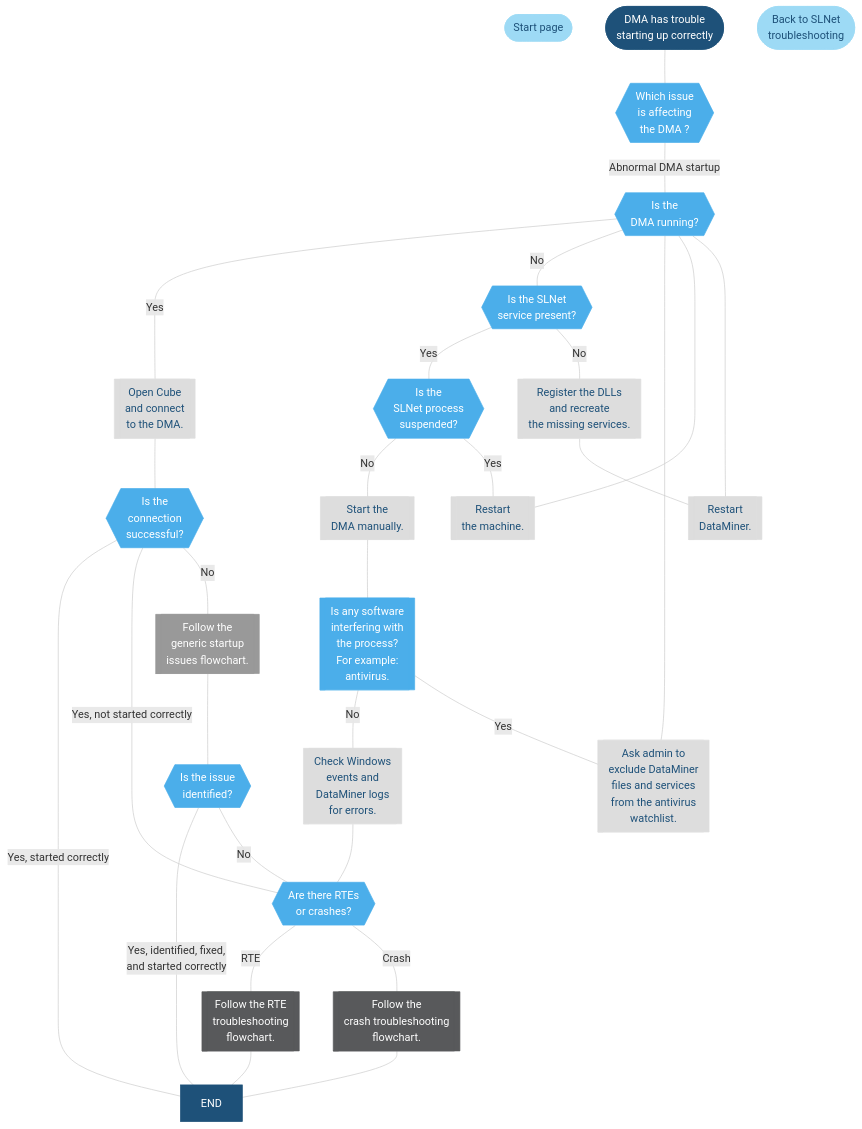
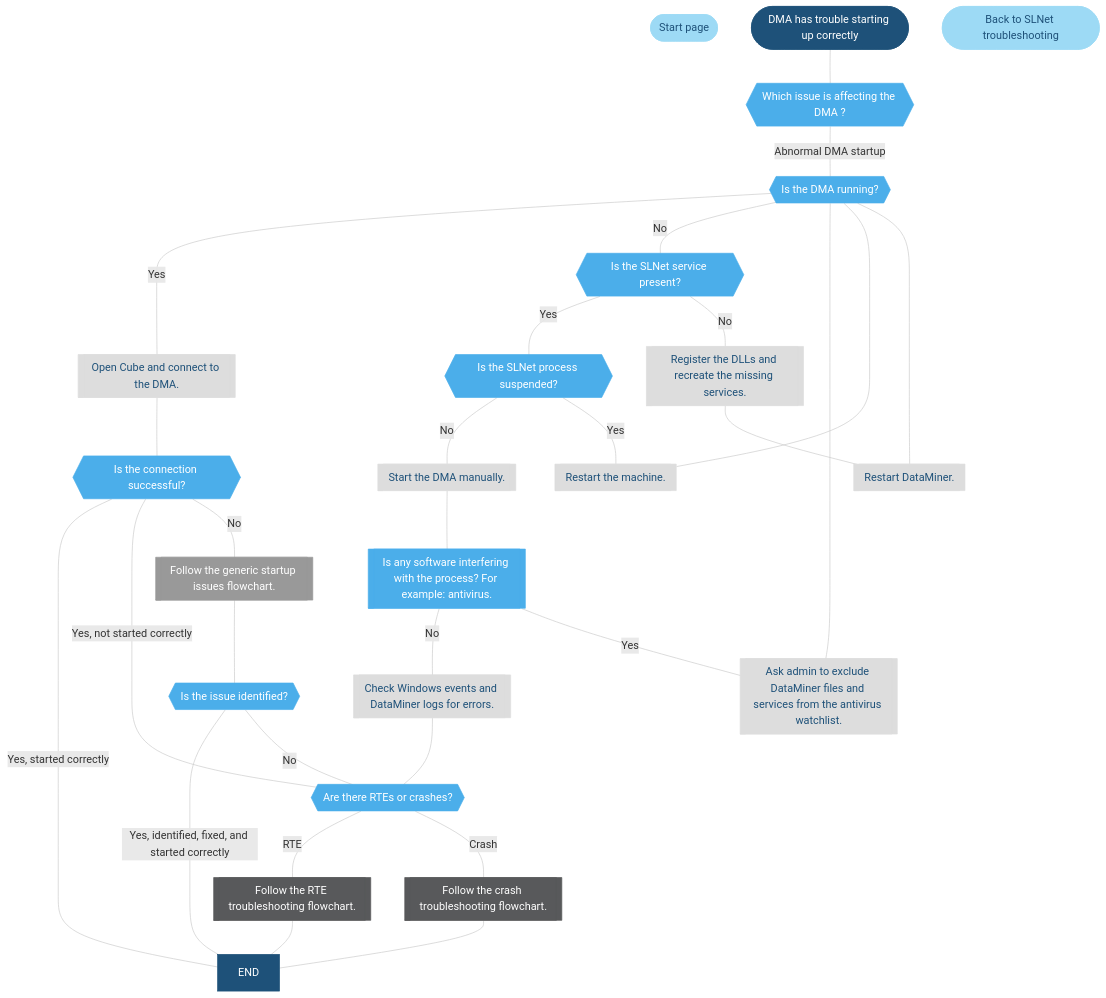
The diagram in user-guide/Troubleshooting/Troubleshooting_Flowcharts/Troubleshooting_Process_Identification/Communication_processes/SLNet/Troubleshooting_SLNet_Startup.md (SkylineCommunications/dataminer-docs), drawn with Mermaid before and after one commit. The commit also changed 21 other files, not shown here.

```diff
--- a/user-guide/Troubleshooting/Troubleshooting_Flowcharts/Troubleshooting_Process_Identification/Communication_processes/SLNet/Troubleshooting_SLNet_Startup.md
+++ b/user-guide/Troubleshooting/Troubleshooting_Flowcharts/Troubleshooting_Process_Identification/Communication_processes/SLNet/Troubleshooting_SLNet_Startup.md
@@ -26,33 +26,33 @@
 %% flowchart structure
 %% -------------------------------------------------------------------------
   HOME([Start page])
-  START([DMA has trouble <br>starting up correctly<br/>])
-  BACK([Back to SLNet <br>troubleshooting])
-  MODULES{{Which issue <br> is affecting<br/> the DMA ?}}
-    IsRunning{{Is the<br/>DMA running?}}
-    IsConnected{{Is the<br/>connection <br>successful?}}
-    IsRTEorCrash{{Are there RTEs <br>or crashes?}}
-    IsGenericIssueFound{{Is the issue <br> identified?}}
-    IsSLNetPresent{{Is the SLNet <br>service present?}}
-    IsProcessSuspended{{Is the <br> SLNet process <br>suspended?}}
-    IsAv[[Is any software <br>interfering with <br>the process?<br>For example: <br> antivirus.]]
-    OpenCube[[Open Cube<br/>and connect<br/>to the DMA.]]
-    GenericCases[[Follow the <br>generic startup <br>issues flowchart.]]
-    RTEChart[[Follow the RTE <br/>troubleshooting <br>flowchart.]]
-    CrashChart[[Follow the <br>crash troubleshooting <br>flowchart.]]
-    EventsAndLogs[[Check Windows <br>events and <br>DataMiner logs <br>for errors.]]
-    RegisterDlls[[Register the DLLs <br> and recreate <br> the missing services.]]
-    RestartAgent[[Restart <br>DataMiner.]]
-    RestartMachine[[Restart <br>the machine.]]
-    ManualStart[[Start the <br>DMA manually.]]
-    SysAdmin[[Ask admin to <br>exclude DataMiner <br>files and services <br>from the antivirus <br>watchlist.]]
+  START([DMA has trouble starting up correctly])
+  BACK([Back to SLNet troubleshooting])
+  MODULES{{Which issue is affecting the DMA ?}}
+    IsRunning{{Is the DMA running?}}
+    IsConnected{{Is the connection successful?}}
+    IsRTEorCrash{{Are there RTEs or crashes?}}
+    IsGenericIssueFound{{Is the issue identified?}}
+    IsSLNetPresent{{Is the SLNet service present?}}
+    IsProcessSuspended{{Is the SLNet process suspended?}}
+    IsAv[[Is any software interfering with the process? For example: antivirus.]]
+    OpenCube[[Open Cube and connect to the DMA.]]
+    GenericCases[[Follow the generic startup issues flowchart.]]
+    RTEChart[[Follow the RTE troubleshooting flowchart.]]
+    CrashChart[[Follow the crash troubleshooting flowchart.]]
+    EventsAndLogs[[Check Windows events and DataMiner logs for errors.]]
+    RegisterDlls[[Register the DLLs and recreate the missing services.]]
+    RestartAgent[[Restart DataMiner.]]
+    RestartMachine[[Restart the machine.]]
+    ManualStart[[Start the DMA manually.]]
+    SysAdmin[[Ask admin to exclude DataMiner files and services from the antivirus watchlist.]]
     IsRunning --- |Yes| OpenCube
     OpenCube --- IsConnected
     IsConnected --- |Yes, started correctly| END
     IsConnected --- |Yes, not started correctly| IsRTEorCrash
     IsConnected --- |No| GenericCases
     GenericCases --- IsGenericIssueFound
-    IsGenericIssueFound --- |Yes, identified, fixed, <br>and started correctly| END
+    IsGenericIssueFound --- |Yes, identified, fixed, and started correctly| END
     IsGenericIssueFound --- |No| IsRTEorCrash
     IsRTEorCrash --- |RTE| RTEChart
     IsRTEorCrash --- |Crash| CrashChart
```
